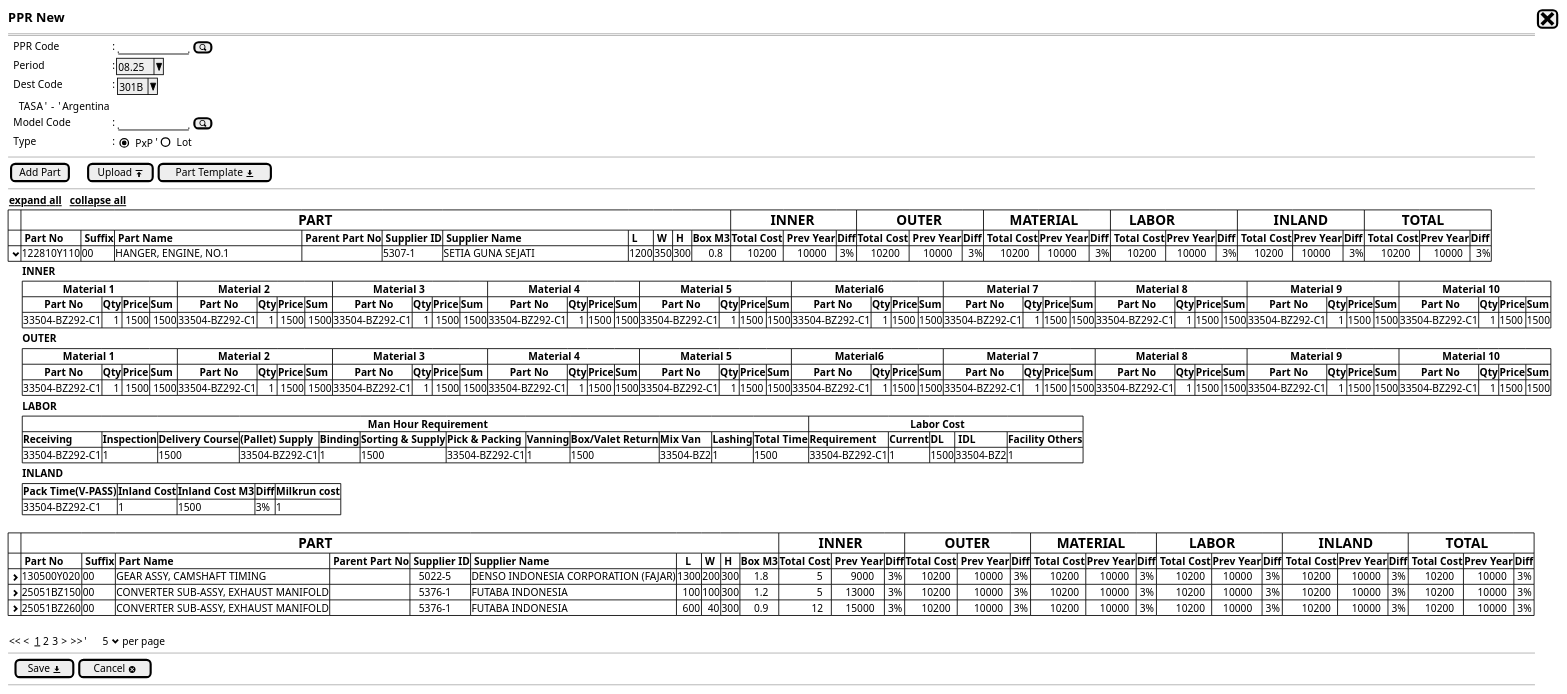
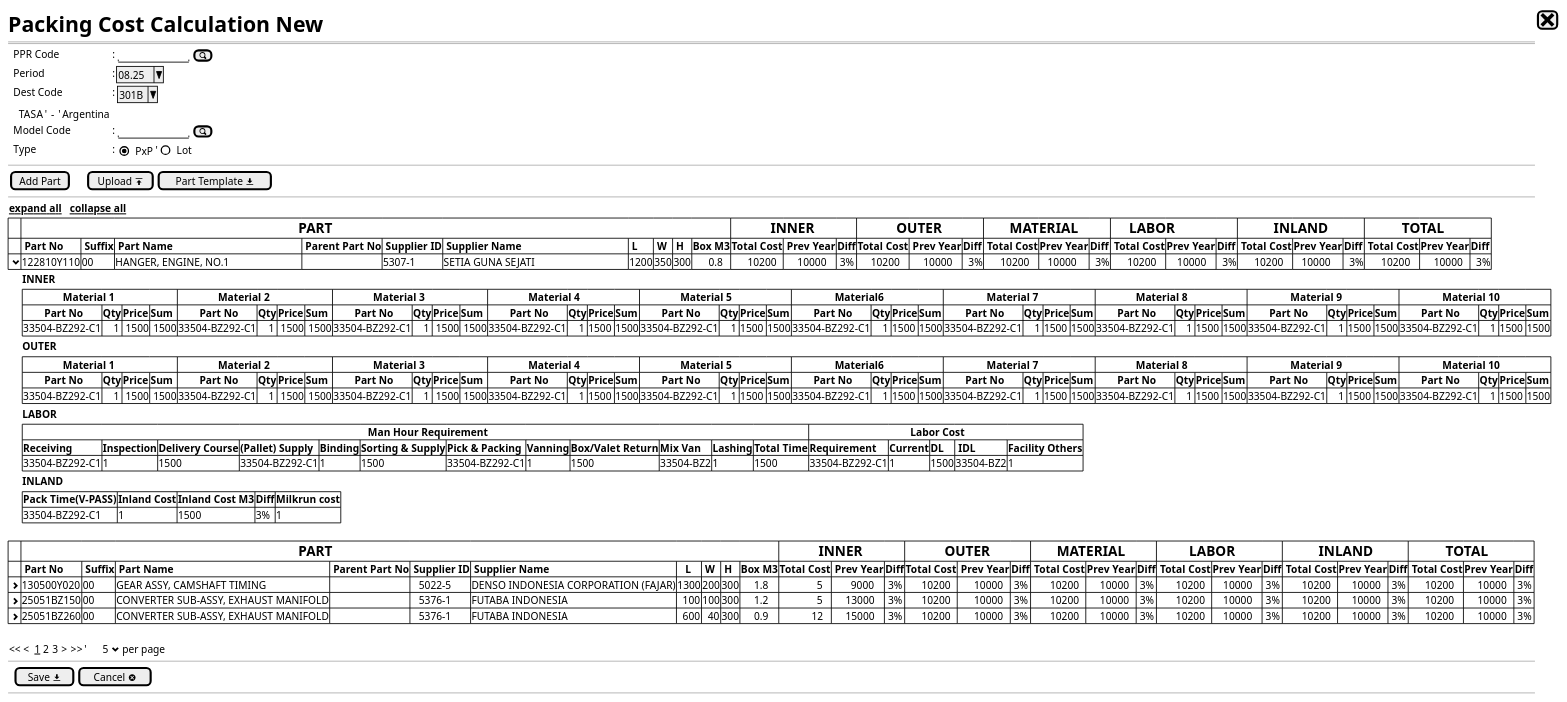
One commit to ari-fikri/packing-cost-mockup changed the diagram in PPR/PPR - newstep1b.puml. Above: the diagram before and after it, drawn with PlantUML. The commit also changed 13 other files, not shown here.

Commit message:
- Rename Partlist list into Bundling - Add form steps to create bundling - Rename PPR into Packing Cost Calculation - Change all previous references (PPR/Partlist ) into new references (Packing Cost Calculation/Bundling)

```diff
--- a/PPR/PPR - newstep1b.puml
+++ b/PPR/PPR - newstep1b.puml
@@ -1,77 +1,77 @@
 @startsalt
 {
-  <size:15><b>PPR New|[<size:25><&x>]|*
+  <size:25><b>Packing Cost Calculation New|[<size:25><&x>]|*
   ==
   {
     .|PPR Code          |: {|"          "|[<&magnifying-glass>]|}*
     .|Period            |: |^08.25^|*    
     .|Dest Code         |: {|^301B^| }*
       .|{
       .| TASA |' -  '| Argentina | *
       }
     .|Model Code        |: {"          "|[<&magnifying-glass>]|}*
     .|Type              |: {|    {(X)PxP}        '|   ()Lot}
   }
   --
   {
     |[Add Part] |.|.|.|[Upload <&data-transfer-upload>]| [Part Template <&data-transfer-download>]|* 
   }
   --
   { <u><b>expand all   <u><b>collapse all }*
   {#
   |. |=                                                                              PART|*|*|*|*|*|*|*|*|*                                                                                                                  |=           INNER |*|*             |=           OUTER | *|*            |=       MATERIAL|*|*                 |=     LABOR|*|*                      |=          INLAND|*|*                |=          TOTAL         |*|*|*
   |. |<b> Part No                      |<b> Suffix|<b> Part Name                                  | <b> Parent Part No |<b> Supplier ID |<b> Supplier Name                                    |<b> L |<b> W |<b> H |<b>Box M3|<b>Total Cost|<b> Prev Year|<b>Diff|<b>Total Cost|<b> Prev Year|<b>Diff|<b> Total Cost |<b>Prev Year |<b>Diff|<b> Total Cost |<b>Prev Year |<b>Diff|<b> Total Cost |<b>Prev Year |<b>Diff|<b> Total Cost |<b>Prev Year |<b>Diff|*
   |<b> <&chevron-bottom> |122810Y110   | 00       |HANGER, ENGINE, NO.1                           |            .       |5307-1          | SETIA GUNA SEJATI                                   | 1200 | 350  | 300  |      0.8|      10200  |     10000   |  3%   |     10200   |     10000   |  3%   |      10200    |   10000       |  3% |      10200    |    10000    |  3%   |      10200    |   10000     |  3%   |      10200    |     10000    |  3%|*
   }* 
         {.|.|.|<b>INNER |}*  
         {
           .|.|.|{#
             |               <b>Material 1 |*|*|*            |               <b>Material 2 |*|*|*                    |               <b>Material 3 |*|*|*         |               <b>Material 4 |*|*|*                              |               <b>Material 5 |*|*|*                             |               <b> Material6 |*|*|*                                  |               <b> Material 7 |*|*|*                                 |               <b>Material 8 |*|*|*               |               <b> Material 9 |*|*|*              |               <b> Material 10 |*|*|*|*
             |        <b>Part No|<b>Qty    |<b>Price  |<b>Sum|        <b>Part No           |<b>Qty|<b>Price   |<b>Sum|        <b>Part No|<b>Qty|<b>Price  |<b>Sum |        <b>Part No                   |<b>Qty|<b>Price   |<b>Sum  |        <b>Part No                    |<b>Qty|<b>Price |<b>Sum  |        <b>Part No                        |<b>Qty|<b>Price  |<b>Sum  |        <b>Part No                    |<b>Qty|<b>Price  |<b>Sum      |        <b>Part No     |<b>Qty|<b>Price  |<b>Sum  |        <b>Part No     |<b>Qty|<b>Price  |<b>Sum  |        <b>Part No             |<b>Qty|<b>Price  |<b>Sum  |*
             |33504-BZ292-C1    ||    1    | 1500     | 1500 |33504-BZ292-C1               |    1 | 1500      | 1500 |33504-BZ292-C1    |    1 | 1500     | 1500  |33504-BZ292-C1                       |    1 | 1500      |1500    |33504-BZ292-C1                        |    1 | 1500    | 1500   |33504-BZ292-C1                            |    1 | 1500    |1500     |33504-BZ292-C1                        |    1 | 1500     | 1500       |33504-BZ292-C1 |    1 | 1500    | 1500            |33504-BZ292-C1         |    1 | 1500     | 1500   |33504-BZ292-C1                 |    1  | 1500    | 1500   |*                        
            
           }
         }*
         {.|.|.|<b>OUTER |}*
         {
           .|.|.|{#
             |               <b>Material 1 |*|*|*            |               <b>Material 2 |*|*|*                    |               <b>Material 3 |*|*|*         |               <b>Material 4 |*|*|*                              |               <b>Material 5 |*|*|*                             |               <b> Material6 |*|*|*                                  |               <b> Material 7 |*|*|*                                 |               <b>Material 8 |*|*|*               |               <b> Material 9 |*|*|*              |               <b> Material 10 |*|*|*|*
             |        <b>Part No|<b>Qty    |<b>Price  |<b>Sum|        <b>Part No           |<b>Qty|<b>Price   |<b>Sum|        <b>Part No|<b>Qty|<b>Price  |<b>Sum |        <b>Part No                   |<b>Qty|<b>Price   |<b>Sum  |        <b>Part No                    |<b>Qty|<b>Price |<b>Sum  |        <b>Part No                        |<b>Qty|<b>Price  |<b>Sum  |        <b>Part No                    |<b>Qty|<b>Price  |<b>Sum      |        <b>Part No     |<b>Qty|<b>Price  |<b>Sum  |        <b>Part No     |<b>Qty|<b>Price  |<b>Sum  |        <b>Part No             |<b>Qty|<b>Price  |<b>Sum  |*
             |33504-BZ292-C1    ||    1    | 1500     | 1500 |33504-BZ292-C1               |    1 | 1500      | 1500 |33504-BZ292-C1    |    1 | 1500     | 1500  |33504-BZ292-C1                       |    1 | 1500      |1500    |33504-BZ292-C1                        |    1 | 1500    | 1500   |33504-BZ292-C1                            |    1 | 1500    |1500     |33504-BZ292-C1                        |    1 | 1500     | 1500       |33504-BZ292-C1 |    1 | 1500    | 1500            |33504-BZ292-C1         |    1 | 1500     | 1500   |33504-BZ292-C1                 |    1  | 1500    | 1500   |*                        
            
           }
         }*        
         {.|.|.|<b>LABOR |}*  
         {
           .|.|.|{#
             |                                                                                                                                  <b>Man Hour Requirement |*|*|*|*|*|*|*|*|*|*|*                                                                                                                                                   |                                     <b> Labor Cost                |*|*|*|*|*
             |<b>Receiving     |<b>Inspection|<b>Delivery Course  |<b>(Pallet) Supply|<b>Binding|<b>Sorting & Supply  |<b>Pick & Packing|<b>Vanning|<b>Box/Valet Return  |<b>Mix Van|<b>Lashing|<b>Total Time  | <b>Requirement|<b>Current|<b>DL  |<b> <b>IDL|<b>Facility Others|*
             |33504-BZ292-C1   |1            | 1500               |33504-BZ292-C1    |1         | 1500                |33504-BZ292-C1   |1         | 1500                |33504-BZ2|1          | 1500          |33504-BZ292-C1 |1         | 1500  |33504-BZ2 |1                 |*
           }
         }
         {.|.|.|<b>INLAND |}*  
         {
           .|.|.|{#
             |<b>Pack Time(V-PASS)|<b>Inland Cost|<b>Inland Cost M3  |<b>Diff        |<b>Milkrun cost|*
             |33504-BZ292-C1      |1             | 1500              |3%             |1              |*
           }
         }*
   .
   {#
     |. |=                                                                              PART|*|*|*|*|*|*|*|*|*                                                                                         |=           INNER |*|*             |=           OUTER | *|*            |=       MATERIAL|*|*                    |=         LABOR|*|*                   |=          INLAND|*|*                  |=          TOTAL         |*|*|*
     |.                    |<b> Part No  |<b> Suffix |<b> Part Name                        | <b> Parent Part No |<b> Supplier ID |<b> Supplier Name                     |   <b>L|<b> W |<b> H |<b>Box M3|<b>Total Cost   |<b> Prev Year|<b>Diff|<b>Total Cost|<b> Prev Year|<b>Diff|<b> Total Cost |<b>Prev Year |<b>Diff|<b> Total Cost |<b>Prev Year |<b>Diff|<b> Total Cost |<b>Prev Year |<b>Diff|<b> Total Cost |<b>Prev Year |<b>Diff|*
     |<b> <&chevron-right> |130500Y020   | 00        |GEAR ASSY, CAMSHAFT TIMING	          |            .       |   5022-5       | DENSO INDONESIA CORPORATION (FAJAR)  | 1300  | 200  | 300  |     1.8 |               5|        9000 |  3%    |       10200|       10000 |  3%   |        10200  |      10000 |  3%    |        10200  |     10000   |  3%   |        10200  |     10000       |  3%|       10200|     10000     |  3%    |*    
     |<b> <&chevron-right> |25051BZ150   | 00        |CONVERTER SUB-ASSY, EXHAUST MANIFOLD |            .       |   5376-1       | FUTABA INDONESIA                     |   100 | 100  | 300  |     1.2 |               5|      13000  |  3%    |       10200|       10000 |  3%   |        10200  |      10000 |  3%    |        10200  |     10000   |  3%   |        10200  |     10000       |  3%|       10200|     10000     |  3%    |*
     |<b> <&chevron-right> |25051BZ260   | 00        |CONVERTER SUB-ASSY, EXHAUST MANIFOLD |            .       |   5376-1       | FUTABA INDONESIA                     |    600|   40 | 300  |     0.9 |             12 |      15000  |  3%    |       10200|       10000 |  3%   |        10200  |      10000 |  3%    |        10200  |     10000   |  3%   |        10200  |     10000       |  3%|       10200|     10000     |  3%    |*
   }
   .
   {
   << <  __1__ 2 3  > >>  |'      5 <&chevron-bottom> per page |*
   }
   --
   {
   .|[ Save <&data-transfer-download>] |  [Cancel <&circle-x> ]|*
   }
   --
 }
 @endsalt
```
